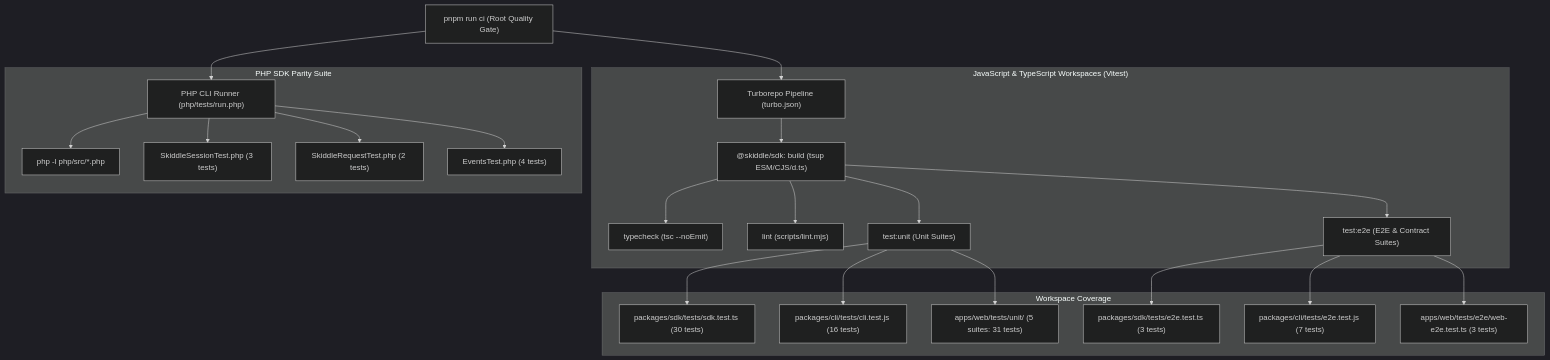
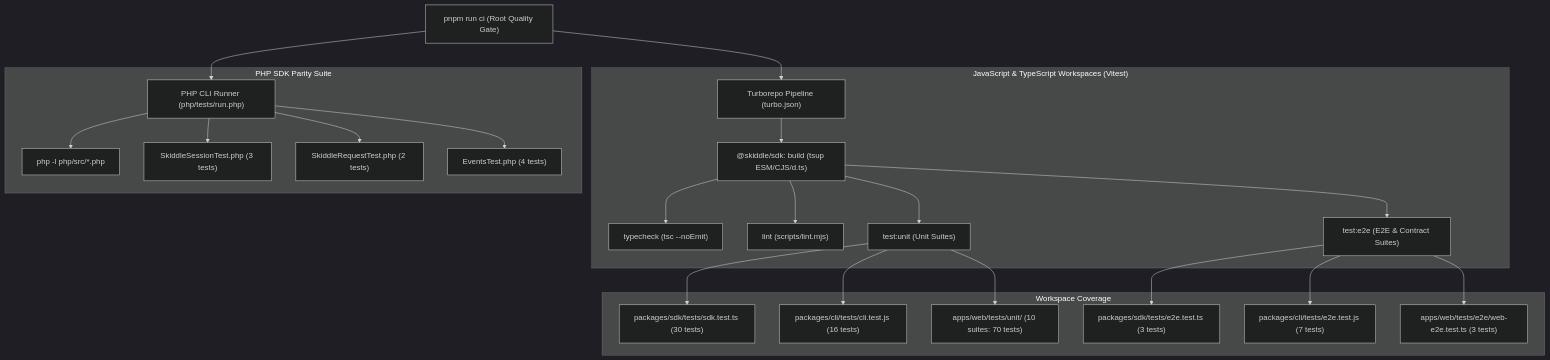
The diagram in docs/04-testing-and-verification.md (goldlabelapps/skiddle), drawn with Mermaid (dark theme) before and after one commit. The commit also changed other lines of this file and 16 other files, not shown here.

````diff
--- a/docs/04-testing-and-verification.md
+++ b/docs/04-testing-and-verification.md
@@ -22,30 +22,30 @@
 ```mermaid
 flowchart TD
     Root["pnpm run ci (Root Quality Gate)"] --> Turbo["Turborepo Pipeline (turbo.json)"]
     Root --> PHP["PHP CLI Runner (php/tests/run.php)"]
 
     subgraph JS_TS ["JavaScript & TypeScript Workspaces (Vitest)"]
         Turbo --> SDK_Build["@skiddle/sdk: build (tsup ESM/CJS/d.ts)"]
         SDK_Build --> Typecheck["typecheck (tsc --noEmit)"]
         SDK_Build --> Lint["lint (scripts/lint.mjs)"]
         SDK_Build --> Unit["test:unit (Unit Suites)"]
         SDK_Build --> E2E["test:e2e (E2E & Contract Suites)"]
     end
 
     subgraph Packages ["Workspace Coverage"]
         Unit --> SDK_U["packages/sdk/tests/sdk.test.ts (30 tests)"]
         Unit --> CLI_U["packages/cli/tests/cli.test.js (16 tests)"]
-        Unit --> Web_U["apps/web/tests/unit/ (5 suites: 31 tests)"]
+        Unit --> Web_U["apps/web/tests/unit/ (10 suites: 70 tests)"]
 
         E2E --> SDK_E["packages/sdk/tests/e2e.test.ts (3 tests)"]
         E2E --> CLI_E["packages/cli/tests/e2e.test.js (7 tests)"]
         E2E --> Web_E["apps/web/tests/e2e/web-e2e.test.ts (3 tests)"]
     end
 
     subgraph PHP_Suite ["PHP SDK Parity Suite"]
         PHP --> PHP_Syntax["php -l php/src/*.php"]
         PHP --> PHP_Session["SkiddleSessionTest.php (3 tests)"]
         PHP --> PHP_Req["SkiddleRequestTest.php (2 tests)"]
         PHP --> PHP_Events["EventsTest.php (4 tests)"]
     end
 ```
````
